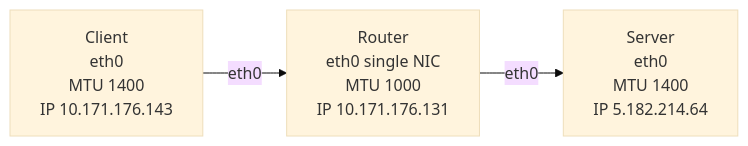
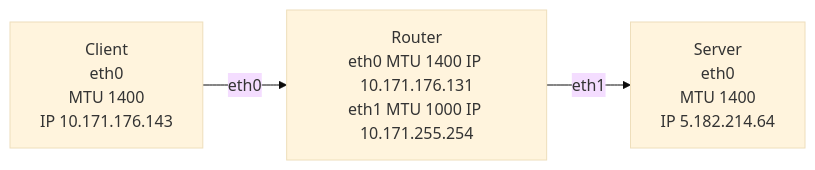
Before and after one commit to pavbjj/mtu-lab: the diagram in README.md, drawn with Mermaid (base theme).

````diff
--- a/README.md
+++ b/README.md
@@ -2,10 +2,13 @@
 ```mermaid
 graph LR
     C["Client<br/>eth0<br/>MTU 1400<br/>IP 10.171.176.143"]
-    R["Router<br/>eth0 single NIC<br/>MTU 1000<br/>IP 10.171.176.131"]
+
+    R["Router<br/>eth0 MTU 1400 IP 10.171.176.131<br/>eth1 MTU 1000 IP 10.171.255.254"]
+
     S["Server<br/>eth0<br/>MTU 1400<br/>IP 5.182.214.64"]
 
     C -- eth0 --> R
-    R -- eth0 --> S
+    R -- eth1 --> S
+
 
 ```
````
